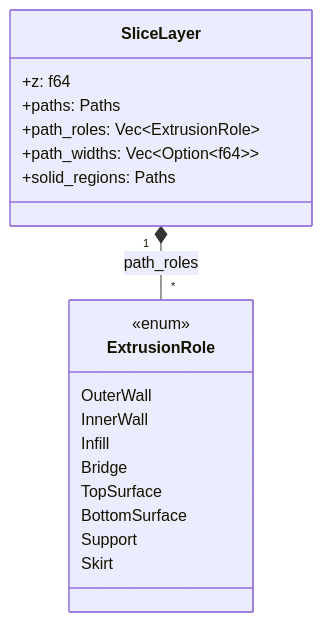
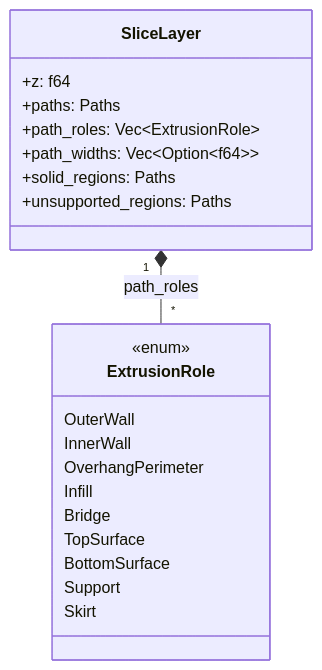
Before and after one commit to max-scopp/slicer-engine: the first of 3 diagrams in src/core/README.md, drawn with Mermaid. The commit also changed other lines of this file and 9 other files, not shown here.

First line of the commit message:
feat(bridges): 3-stage filter, PCA angle, OverhangPerimeter classification

````diff
--- a/src/core/README.md
+++ b/src/core/README.md
@@ -50,22 +50,24 @@
 ```mermaid
 classDiagram
     class SliceLayer {
         +z: f64
         +paths: Paths
         +path_roles: Vec~ExtrusionRole~
         +path_widths: Vec~Option~f64~~
         +solid_regions: Paths
+        +unsupported_regions: Paths
     }
     class ExtrusionRole {
         <<enum>>
         OuterWall
         InnerWall
+        OverhangPerimeter
         Infill
         Bridge
         TopSurface
         BottomSurface
         Support
         Skirt
     }
     SliceLayer "1" *-- "*" ExtrusionRole : path_roles
 ```
````
